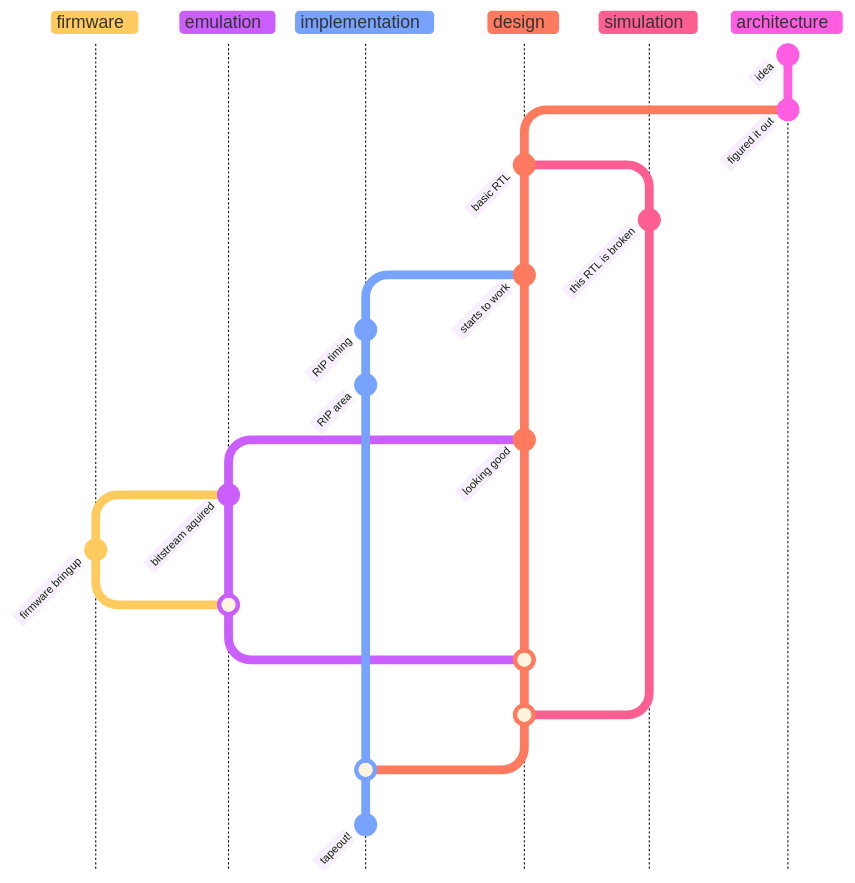
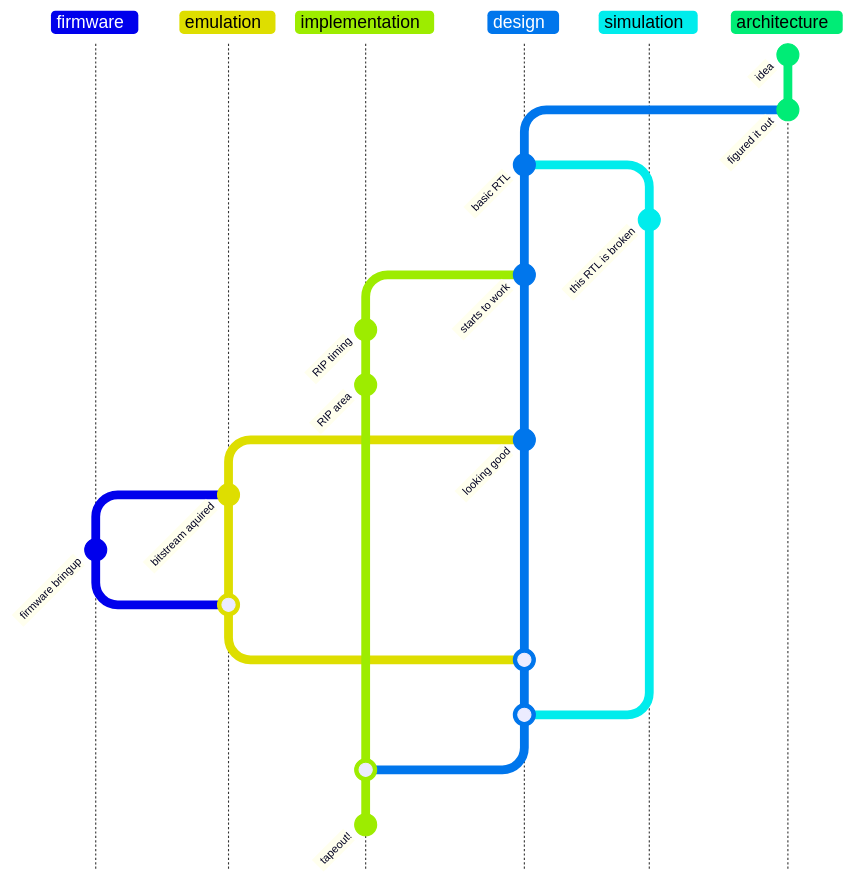
Before and after one commit to goatgate/goatgate.github.io: the diagram in content/projects/Two_weeks_until_tapeout/index.md, drawn with Mermaid.

Commit message:
pimp graph

```diff
--- a/content/projects/Two_weeks_until_tapeout/index.md
+++ b/content/projects/Two_weeks_until_tapeout/index.md
@@ -88,41 +88,41 @@
 {{< mermaid >}}
 ---
 config:
   logLevel: 'debug'
-  theme: 'base'
+  theme: 'default'
   gitGraph:
     showBranches: true
     mainBranchName: 'architecture'
     mainBranchOrder: 6
 ---
       gitGraph TB:
-        commit id: "idea"
-        commit id: "figured it out"
+        commit id: "idea "
+        commit id: "figured it out "
         branch design order: 4
         checkout design
-        commit id: 'basic RTL'
+        commit id: 'basic RTL '
         branch simulation  order: 5
         checkout simulation 
-        commit id: 'this RTL is broken'
+        commit id: 'this RTL is broken '
         checkout design 
-        commit id: 'starts to work'
+        commit id: 'starts to work '
         branch implementation  order: 3
         checkout implementation
-        commit id: 'RIP timing'
-        commit id: 'RIP area'
+        commit id: 'RIP timing '
+        commit id: 'RIP area '
         checkout design
-        commit id: 'looking good'
+        commit id: 'looking good '
         branch emulation  order: 2
         checkout emulation
-        commit id: 'bitstream aquired'
+        commit id: 'bitstream aquired '
         branch firmware
-        commit id: 'firmware bringup'
+        commit id: 'firmware bringup '
         checkout emulation
         merge firmware
         checkout design
         merge emulation
         merge simulation
         checkout implementation
         merge design
-        commit id: 'tapeout!'
+        commit id: 'tapeout! '
 {{< /mermaid >}}
```
